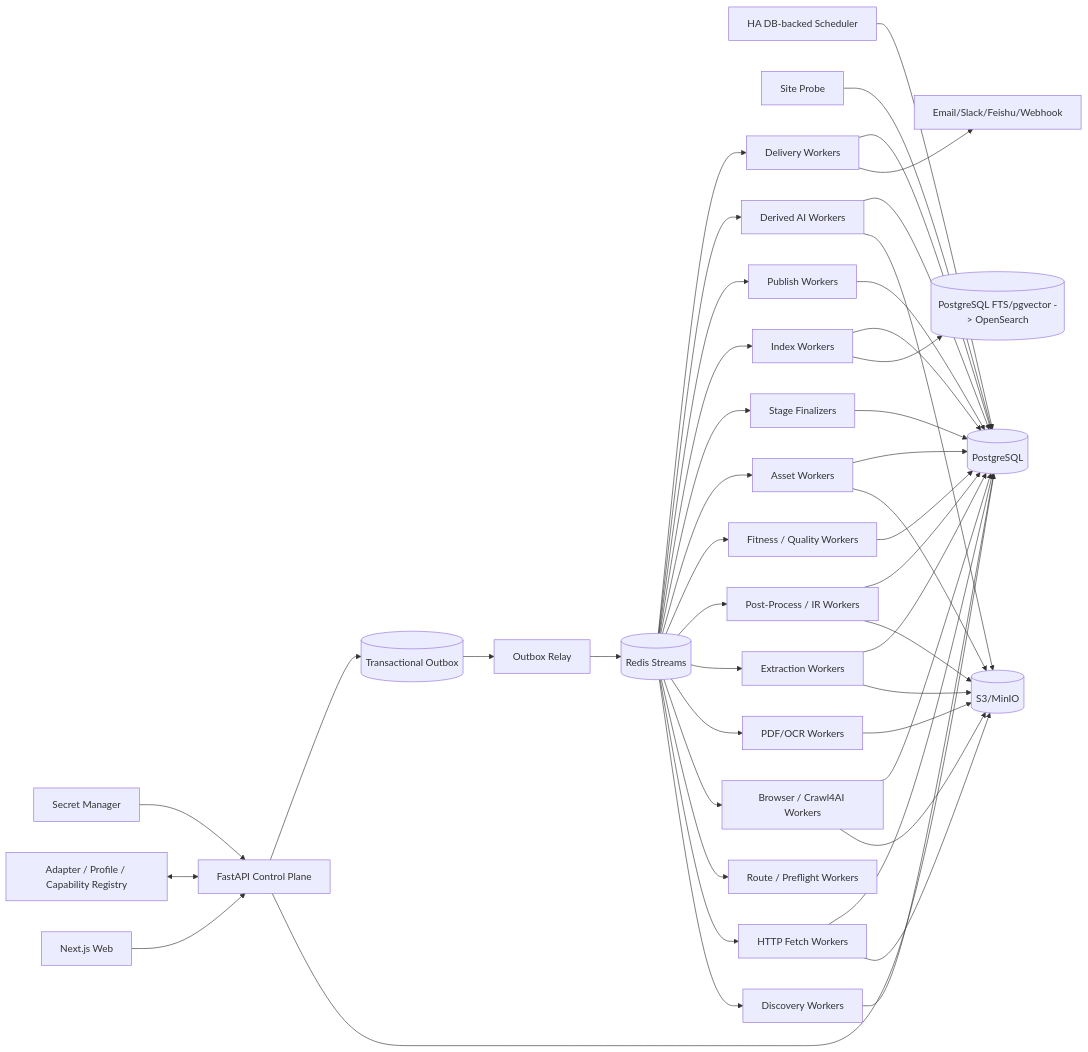
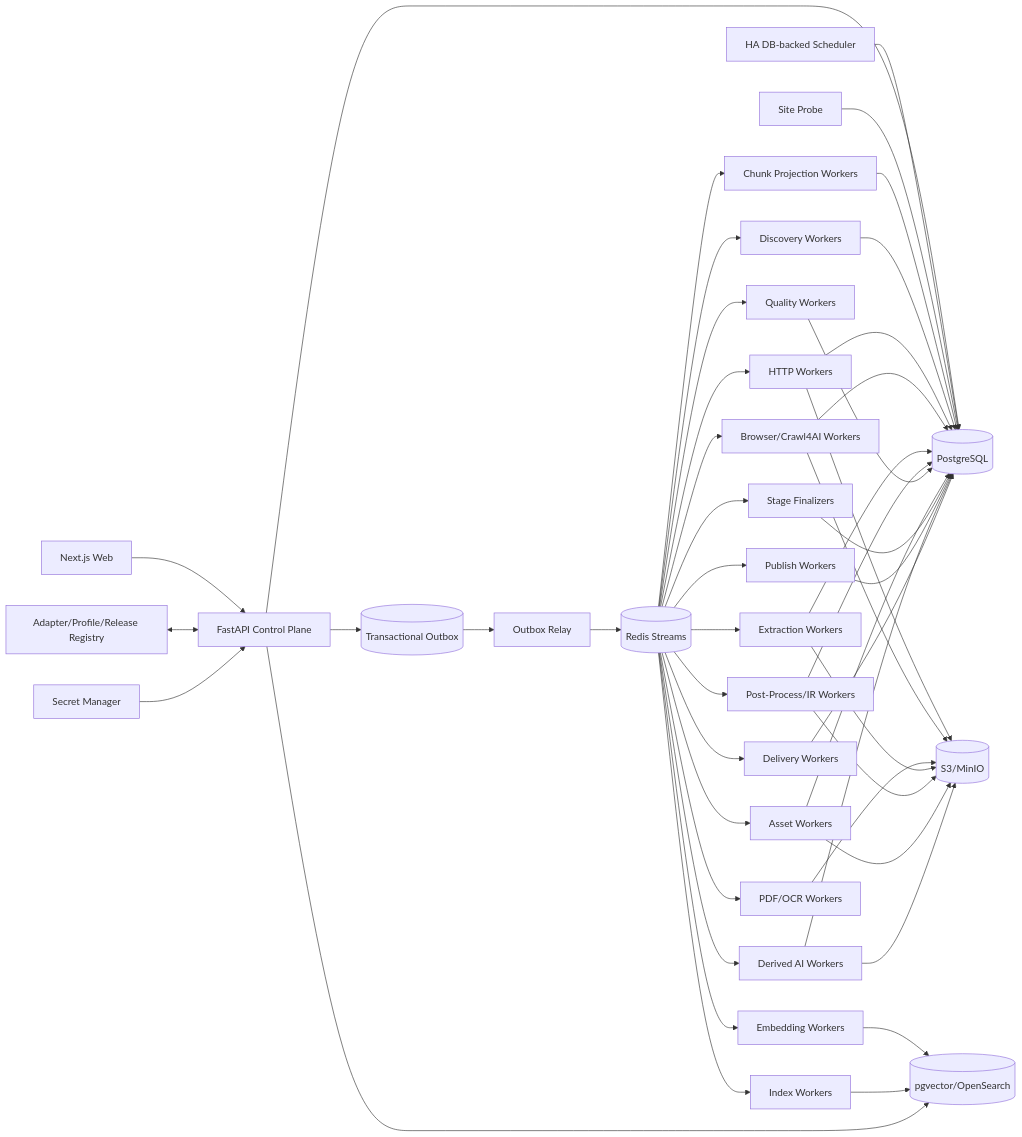
The diagram in 博客知识库技术方案.md (WorkerXu/my-doc), drawn with Mermaid before and after one commit. The commit also changed other lines of this file, not shown here.

````diff
--- a/博客知识库技术方案.md
+++ b/博客知识库技术方案.md
@@ -50,53 +50,55 @@
 ```mermaid
 flowchart LR
     UI[Next.js Web] --> API[FastAPI Control Plane]
     API --> PG[(PostgreSQL)]
     API --> OUT[(Transactional Outbox)]
 
     SCH[HA DB-backed Scheduler] --> PG
-    REG[Adapter / Profile / Capability Registry] <--> API
+    REG[Adapter/Profile/Release Registry] <--> API
     PROBE[Site Probe] --> PG
     SEC[Secret Manager] --> API
 
     OUT --> RELAY[Outbox Relay]
     RELAY --> Q[(Redis Streams)]
 
     Q --> DW[Discovery Workers]
-    Q --> HF[HTTP Fetch Workers]
-    Q --> RT[Route / Preflight Workers]
-    Q --> BW[Browser / Crawl4AI Workers]
+    Q --> HF[HTTP Workers]
+    Q --> BW[Browser/Crawl4AI Workers]
     Q --> PDF[PDF/OCR Workers]
     Q --> EX[Extraction Workers]
-    Q --> PP[Post-Process / IR Workers]
-    Q --> QV[Fitness / Quality Workers]
+    Q --> PP[Post-Process/IR Workers]
+    Q --> QV[Quality Workers]
     Q --> AW[Asset Workers]
     Q --> FIN[Stage Finalizers]
+    Q --> PB[Publish Workers]
+    Q --> CW[Chunk Projection Workers]
+    Q --> EW[Embedding Workers]
     Q --> IX[Index Workers]
-    Q --> PB[Publish Workers]
     Q --> AI[Derived AI Workers]
     Q --> NT[Delivery Workers]
 
     HF --> OBJ[(S3/MinIO)]
     BW --> OBJ
     PDF --> OBJ
     EX --> OBJ
     PP --> OBJ
     AW --> OBJ
     AI --> OBJ
 
-    IX --> SEARCH[(PostgreSQL FTS/pgvector -> OpenSearch)]
-    NT --> CH[Email/Slack/Feishu/Webhook]
+    CW --> PG
+    EW --> SEARCH[(pgvector/OpenSearch)]
+    IX --> SEARCH
+    API --> SEARCH
 
     DW --> PG
     HF --> PG
     BW --> PG
     EX --> PG
     PP --> PG
     QV --> PG
     AW --> PG
     FIN --> PG
-    IX --> PG
     PB --> PG
     AI --> PG
     NT --> PG
 ```
````
